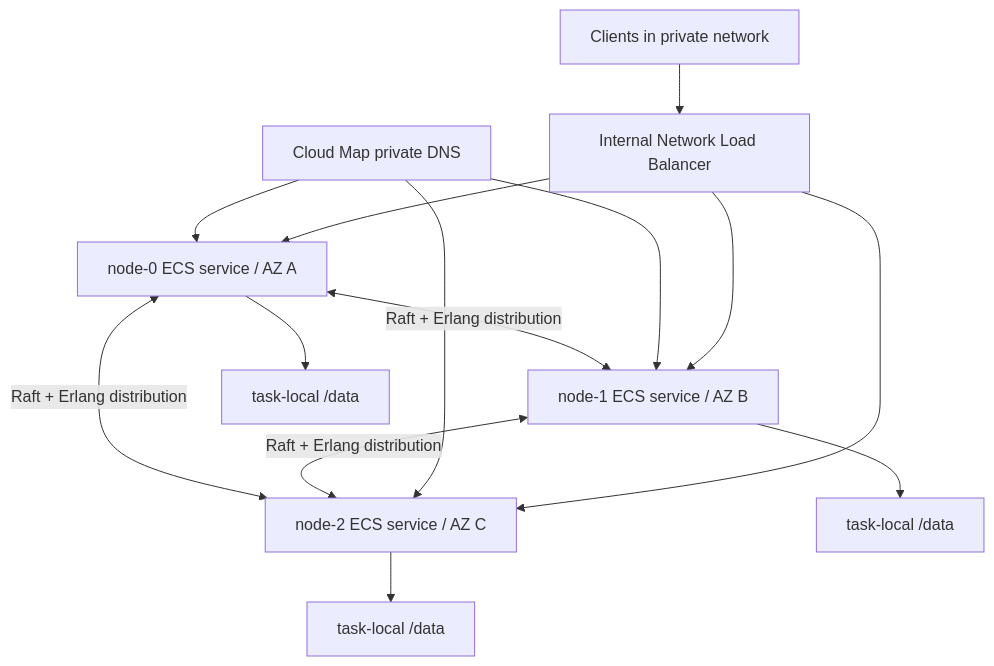
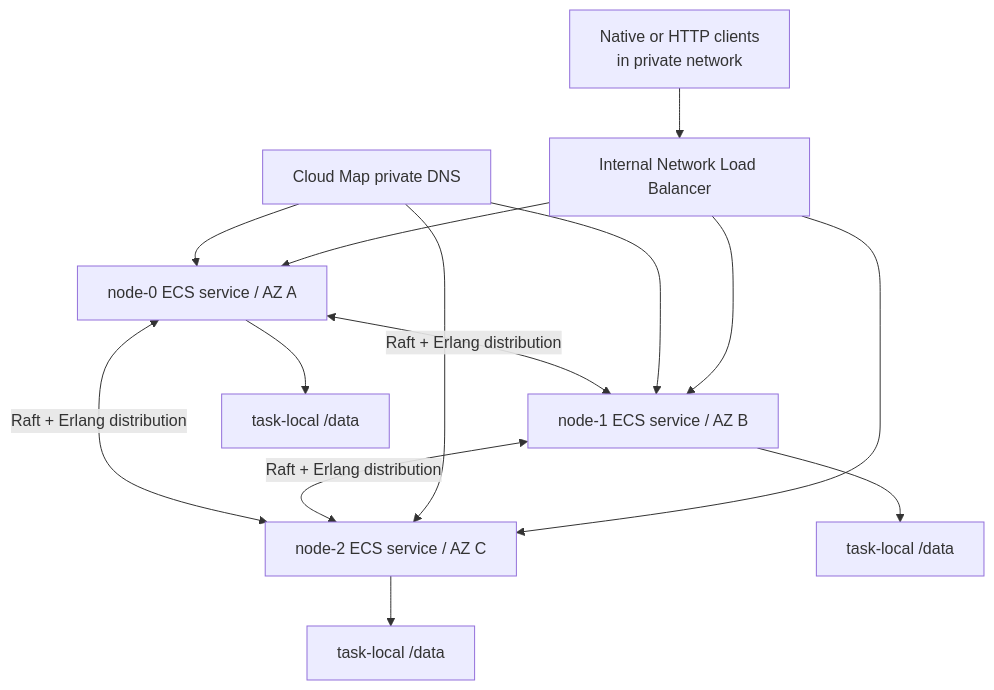
Before and after one commit to ferricstore/ferricstore: the diagram in docs/aws-fargate-cluster.md, drawn with Mermaid. The commit also changed other lines of this file and 16 other files, not shown here.

````diff
--- a/docs/aws-fargate-cluster.md
+++ b/docs/aws-fargate-cluster.md
@@ -32,16 +32,16 @@
 ```mermaid
 flowchart TD
-  C["Clients in private network"] --> NLB["Internal Network Load Balancer"]
+  C["Native or HTTP clients<br/>in private network"] --> NLB["Internal Network Load Balancer"]
   NLB --> N0["node-0 ECS service / AZ A"]
   NLB --> N1["node-1 ECS service / AZ B"]
   NLB --> N2["node-2 ECS service / AZ C"]
   CM["Cloud Map private DNS"] --> N0
   CM --> N1
   CM --> N2
   N0 <-->|"Raft + Erlang distribution"| N1
   N1 <-->|"Raft + Erlang distribution"| N2
   N2 <-->|"Raft + Erlang distribution"| N0
   N0 --> D0["task-local /data"]
   N1 --> D1["task-local /data"]
   N2 --> D2["task-local /data"]
 ```
````
